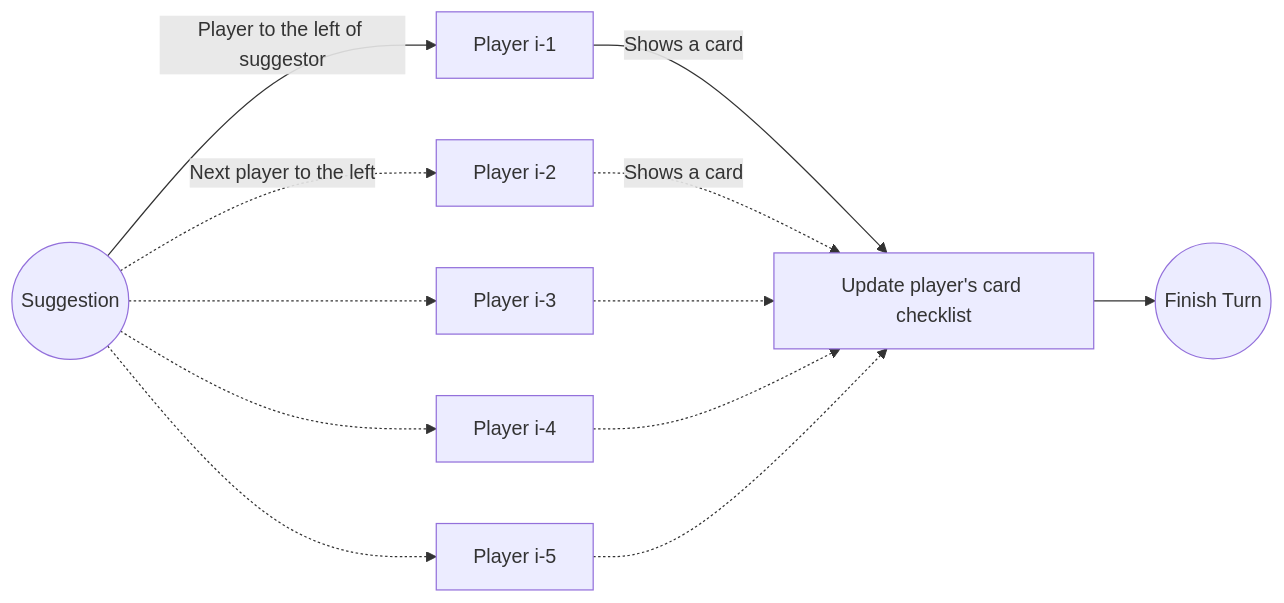
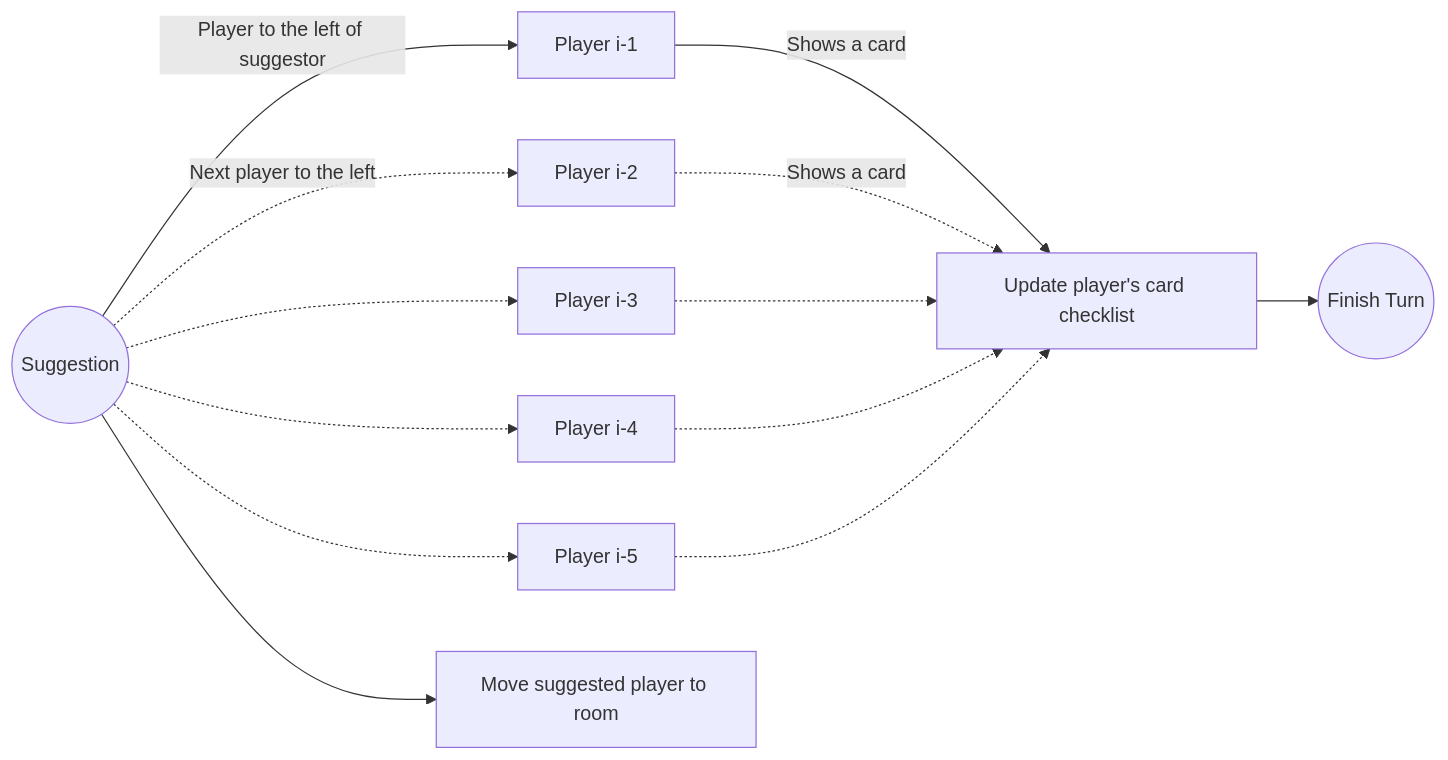
Before and after one commit to YiangoKarp/Clue-Less: the diagram in diagrams/player_suggestion_diagram.md, drawn with Mermaid.

Commit message:
Diagram update

````diff
--- a/diagrams/player_suggestion_diagram.md
+++ b/diagrams/player_suggestion_diagram.md
@@ -1,17 +1,19 @@
 ```mermaid
 
 graph LR
 
 S((Suggestion)) --> |Player to the left of suggestor|PL1[Player i-1]
 S((Suggestion)) -. Next player to the left.-> PL2[Player i-2]
 S((Suggestion)) -.-> PL3[Player i-3]
 S((Suggestion)) -.-> PL4[Player i-4]
 S((Suggestion)) -.-> PL5[Player i-5]
 
+S --> MP[Move suggested player to room]
+
 PL1 --> |Shows a card|U[Update player's card checklist]
 PL2 -.-> |Shows a card|U[Update player's card checklist]
 PL3 -.-> U[Update player's card checklist]
 PL4 -.-> U[Update player's card checklist]
 PL5 -.-> U[Update player's card checklist]
 U --> F((Finish Turn))
 ```
````
